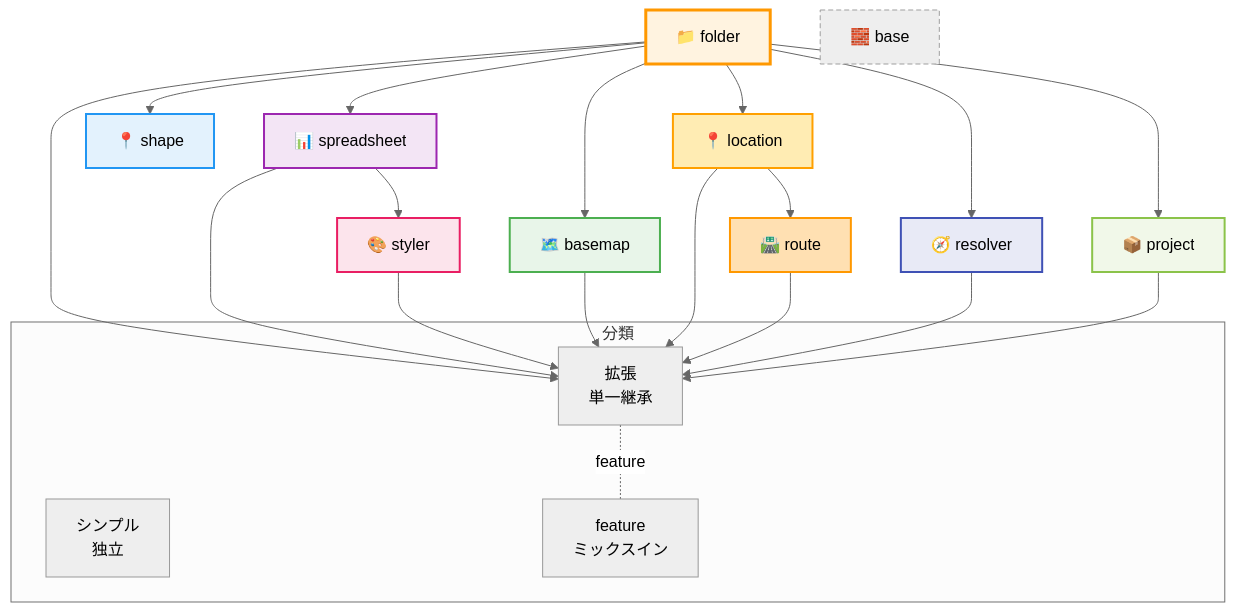
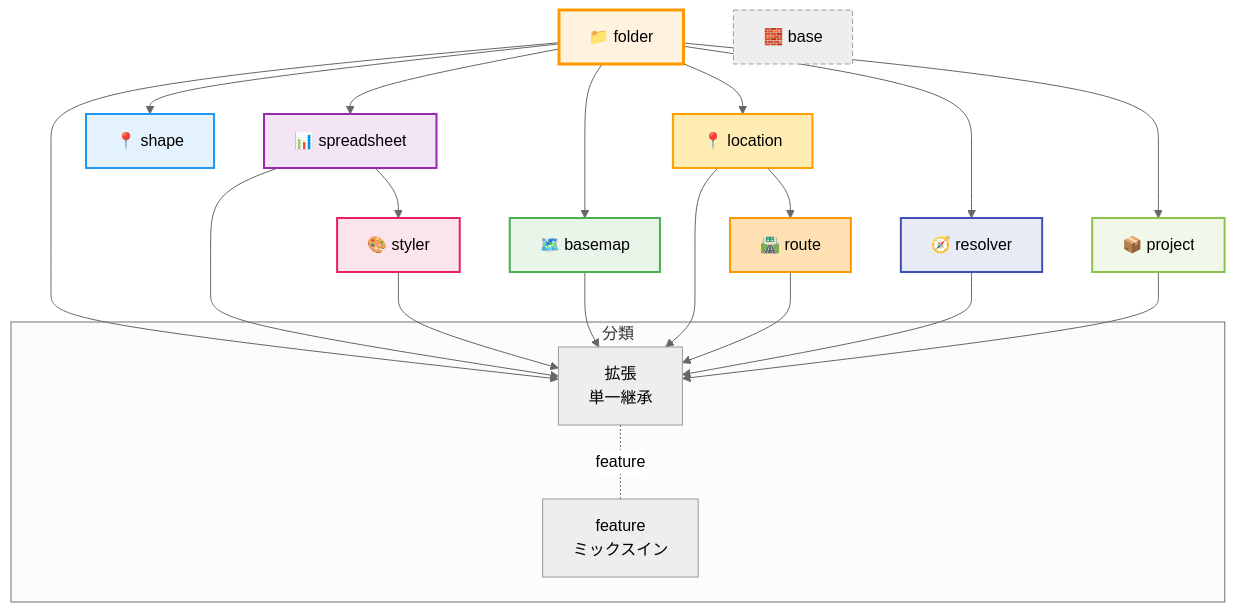
Before and after one commit to kubohiroya/hierarchidb: the first of 2 diagrams in packages/node-type/README.md, drawn with Mermaid (neutral theme). The commit also changed 22 other files, not shown here.

````diff
--- a/packages/node-type/README.md
+++ b/packages/node-type/README.md
@@ -68,66 +68,65 @@
 ```mermaid
 graph TB
     %% 分類
     subgraph "分類"
-        SIMPLE[シンプル<br/>独立]
         EXTENDING[拡張<br/>単一継承]
         MIXIN[feature<br/>ミックスイン]
     end
 
     %% 基盤
     FOLDER[📁 folder]
     BASE[🧱 base]
 
     %% データ取り込み/変換
     SPREADSHEET[📊 spreadsheet]
     RESOLVER[🧭 resolver]
 
     %% 可視化/スタイリング
     STYLER[🎨 styler]
     BASEMAP[🗺️ basemap]
 
     %% 地理/分析
     SHAPE[📍 shape]
     LOCATION[📍 location]
     ROUTE[🛣️ route]
 
     %% メタ
     PROJECT[📦 project]
 
     %% 単一継承の依存
     FOLDER --> SPREADSHEET
     SPREADSHEET --> STYLER
     FOLDER --> BASEMAP
     FOLDER --> LOCATION
     LOCATION --> ROUTE
     FOLDER --> RESOLVER
     FOLDER --> PROJECT
 
     %% 継承（入力あり）
     FOLDER --> SHAPE
 
     %% 分類マッピング（概念）
     FOLDER --> EXTENDING
     SPREADSHEET --> EXTENDING
     STYLER --> EXTENDING
     BASEMAP --> EXTENDING
     LOCATION --> EXTENDING
     ROUTE --> EXTENDING
     RESOLVER --> EXTENDING
     PROJECT --> EXTENDING
 
     %% ミックスイン（feature付与の概念）
     EXTENDING -. feature .- MIXIN
 
     %% スタイル
     style BASE fill:#eeeeee,stroke:#9e9e9e,stroke-width:1px,stroke-dasharray: 5 3
     style FOLDER fill:#fff3e0,stroke:#ff9800,stroke-width:3px
     style SPREADSHEET fill:#f3e5f5,stroke:#9c27b0,stroke-width:2px
     style STYLER fill:#fce4ec,stroke:#e91e63,stroke-width:2px
     style BASEMAP fill:#e8f5e9,stroke:#4caf50,stroke-width:2px
     style SHAPE fill:#e3f2fd,stroke:#2196f3,stroke-width:2px
     style LOCATION fill:#ffecb3,stroke:#ffa000,stroke-width:2px
     style ROUTE fill:#ffe0b2,stroke:#ff9800,stroke-width:2px
     style RESOLVER fill:#e8eaf6,stroke:#3f51b5,stroke-width:2px
     style PROJECT fill:#f1f8e9,stroke:#8bc34a,stroke-width:2px
 ```
````
